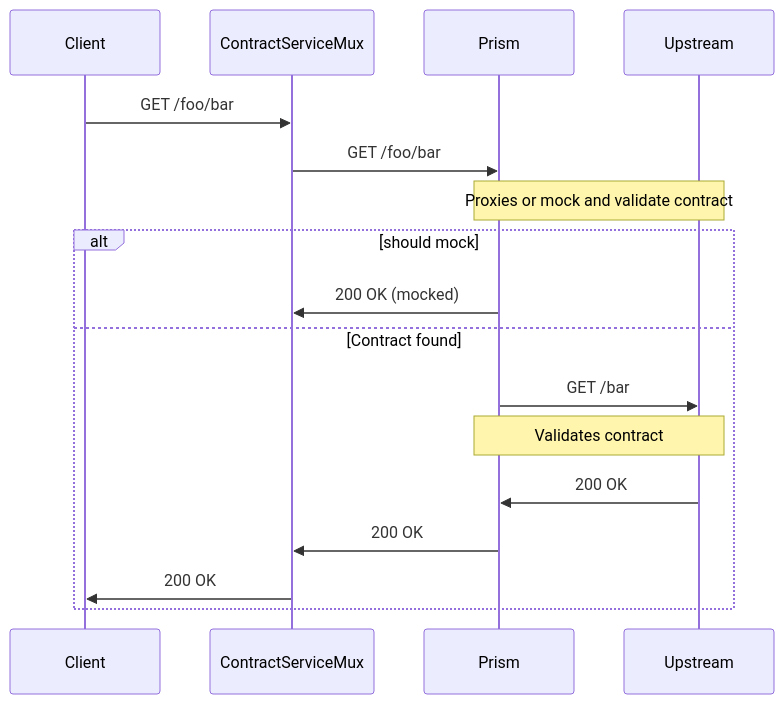
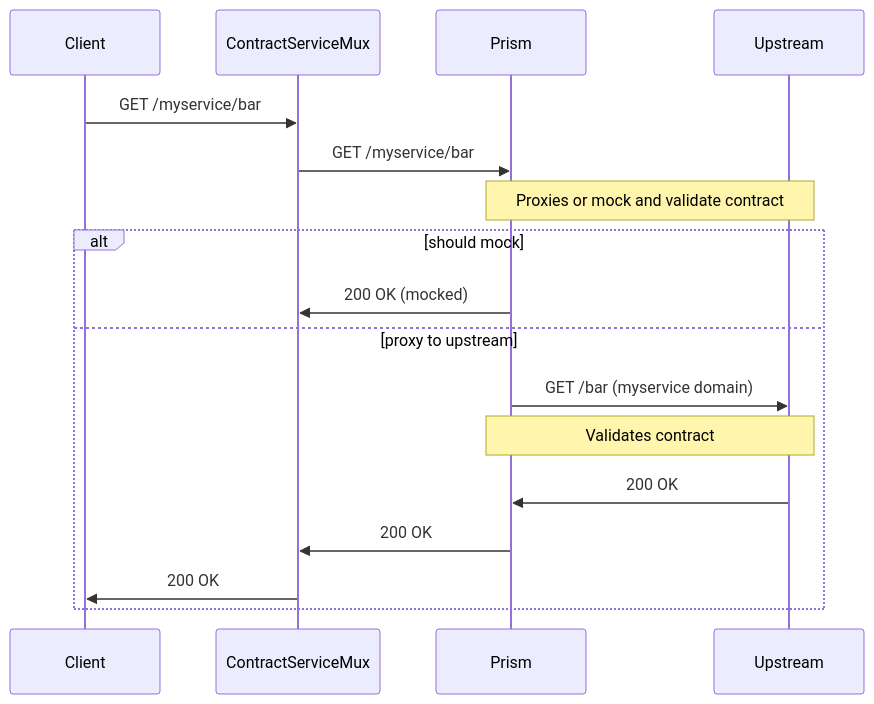
The diagram in README.md (cristianoliveira/contract-testing-mux), drawn with Mermaid before and after one commit.

Commit message:
docs: better explanation (#3)
* docs: better explanation

* typo

````diff
--- a/README.md
+++ b/README.md
@@ -74,20 +74,20 @@
 ```mermaid
 sequenceDiagram
     participant Client
     participant ContractServiceMux
     participant Prism
     participant Upstream
 
-    Client->>ContractServiceMux: GET /foo/bar
-    ContractServiceMux->>Prism: GET /foo/bar
+    Client->>ContractServiceMux: GET /myservice/bar
+    ContractServiceMux->>Prism: GET /myservice/bar
     Note over Prism, Upstream: Proxies or mock and validate contract
     alt should mock
         Prism->>ContractServiceMux: 200 OK (mocked)
-    else Contract found
-        Prism->>Upstream: GET /bar
+    else proxy to upstream
+        Prism->>Upstream: GET /bar (myservice domain)
         Note over Upstream, Prism: Validates contract
         Upstream->>Prism: 200 OK
         Prism->>ContractServiceMux: 200 OK
         ContractServiceMux->>Client: 200 OK
     end
 ```
````
